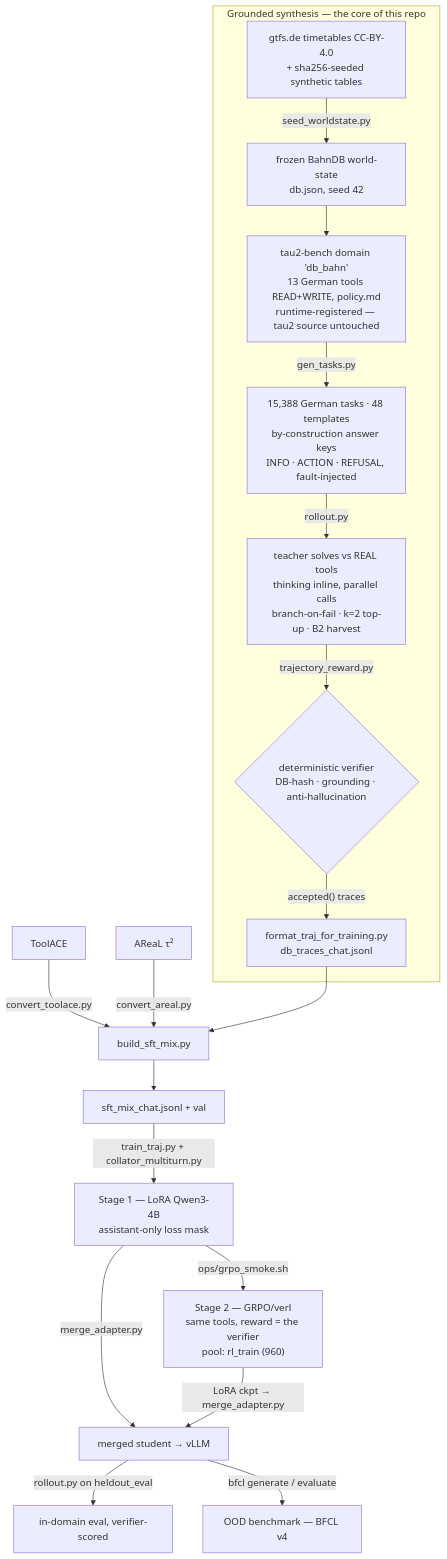
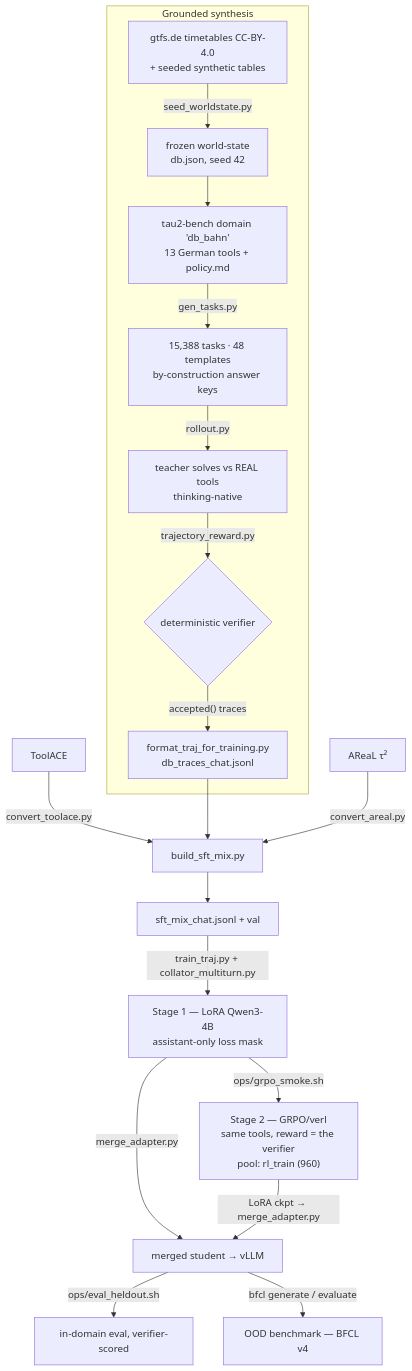
The diagram in README.md (JanneckGit/slm-agentic-training-pipeline), drawn with Mermaid before and after one commit. The commit also changed other lines of this file, not shown here.

First line of the commit message:
docs: README — standalone eval section, layout catch-up

````diff
--- a/README.md
+++ b/README.md
@@ -35,21 +35,21 @@
 ```mermaid
 flowchart TD
-    subgraph SDG["Grounded synthesis — the core of this repo"]
-        A["gtfs.de timetables CC-BY-4.0<br/>+ sha256-seeded synthetic tables"] -->|seed_worldstate.py| B["frozen BahnDB world-state<br/>db.json, seed 42"]
-        B --> C["tau2-bench domain 'db_bahn'<br/>13 German tools READ+WRITE, policy.md<br/>runtime-registered — tau2 source untouched"]
-        C -->|gen_tasks.py| D["15,388 German tasks · 48 templates<br/>by-construction answer keys<br/>INFO · ACTION · REFUSAL, fault-injected"]
-        D -->|rollout.py| E["teacher solves vs REAL tools<br/>thinking inline, parallel calls<br/>branch-on-fail · k=2 top-up · B2 harvest"]
-        E -->|trajectory_reward.py| F{"deterministic verifier<br/>DB-hash · grounding · anti-hallucination"}
+    T["ToolACE"] -->|convert_toolace.py| MIX
+    subgraph SDG["Grounded synthesis"]
+        A["gtfs.de timetables CC-BY-4.0<br/>+ seeded synthetic tables"] -->|seed_worldstate.py| B["frozen world-state<br/>db.json, seed 42"]
+        B --> C["tau2-bench domain 'db_bahn'<br/>13 German tools + policy.md"]
+        C -->|gen_tasks.py| D["15,388 tasks · 48 templates<br/>by-construction answer keys"]
+        D -->|rollout.py| E["teacher solves vs REAL tools<br/>thinking-native"]
+        E -->|trajectory_reward.py| F{"deterministic verifier"}
         F -->|"accepted() traces"| G["format_traj_for_training.py<br/>db_traces_chat.jsonl"]
     end
-    T["ToolACE"] -->|convert_toolace.py| MIX
+    G --> MIX["build_sft_mix.py"]
     R["AReaL τ²"] -->|convert_areal.py| MIX
-    G --> MIX["build_sft_mix.py"]
     MIX --> M["sft_mix_chat.jsonl + val"]
     M -->|"train_traj.py + collator_multiturn.py"| H["Stage 1 — LoRA Qwen3-4B<br/>assistant-only loss mask"]
     H -->|merge_adapter.py| S["merged student → vLLM"]
-    S -->|"rollout.py on heldout_eval"| EV["in-domain eval, verifier-scored"]
+    S -->|ops/eval_heldout.sh| EV["in-domain eval, verifier-scored"]
     S -->|"bfcl generate / evaluate"| OOD["OOD benchmark — BFCL v4"]
     H -->|ops/grpo_smoke.sh| RL["Stage 2 — GRPO/verl<br/>same tools, reward = the verifier<br/>pool: rl_train (960)"]
     RL -->|"LoRA ckpt → merge_adapter.py"| S
 ```
````
